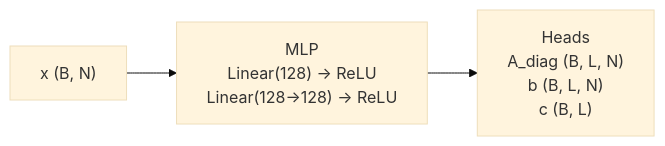
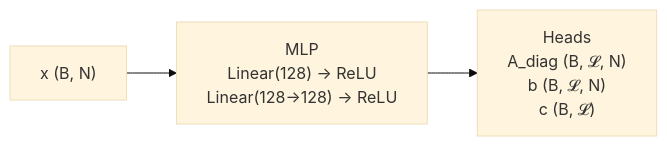
One commit to mariusdgm/phd-rl-algos changed the diagram in dqn/opinion_dynamics/draw_network/net_diagram.md. Above: the diagram before and after it, drawn with Mermaid (base theme).

Commit message:
changed arch diagram

````diff
--- a/dqn/opinion_dynamics/draw_network/net_diagram.md
+++ b/dqn/opinion_dynamics/draw_network/net_diagram.md
@@ -1,13 +1,13 @@
 ```mermaid
 flowchart LR
   X["x (B, N)"]
   FC["MLP
   Linear(128) → ReLU
   Linear(128→128) → ReLU"]
   Head["Heads
-  A_diag (B, L, N)
-  b (B, L, N)
-  c (B, L)"]
+  A_diag (B, 𝓛, N)
+  b (B, 𝓛, N)
+  c (B, 𝓛)"]
 
   X --> FC --> Head
 ```
````
